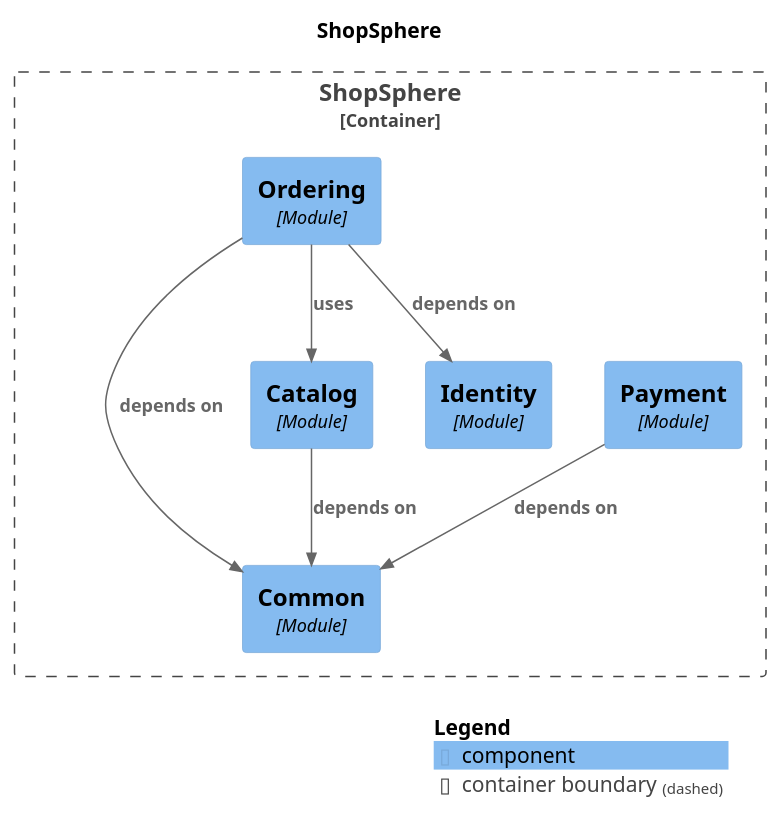
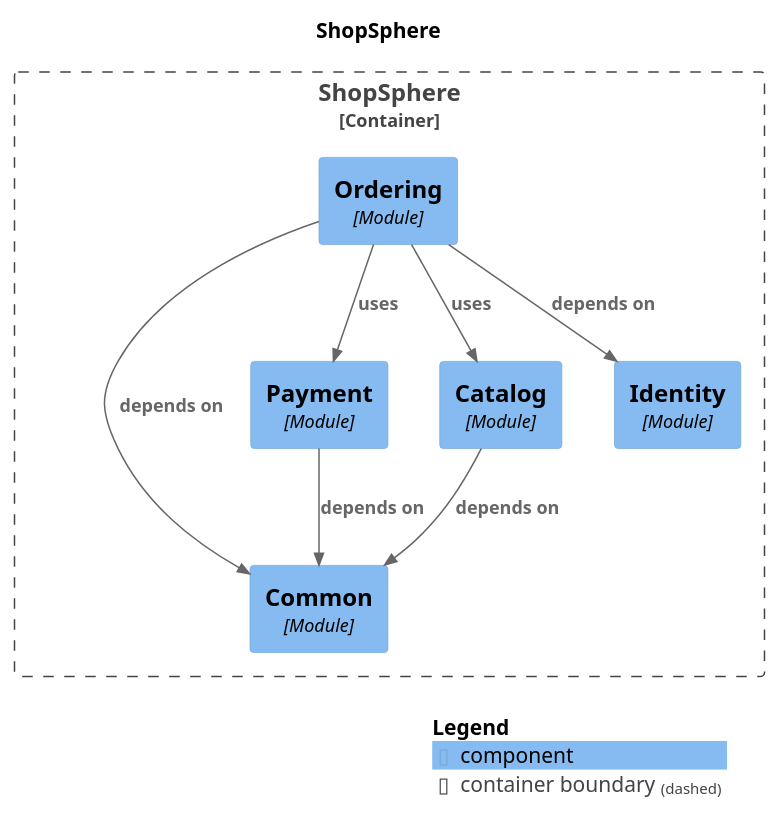
Before and after one commit to Poojithvsc/shopsphere: the diagram in docs/modulith/components.puml, drawn with PlantUML. The commit also changed 10 other files, not shown here.

```diff
--- a/docs/modulith/components.puml
+++ b/docs/modulith/components.puml
@@ -1,26 +1,27 @@
 @startuml
 set separator none
 title ShopSphere
 
 top to bottom direction
 
 !include <C4/C4>
 !include <C4/C4_Context>
 !include <C4/C4_Component>
 
 Container_Boundary("ShopSphere.ShopSphere_boundary", "ShopSphere", $tags="") {
   Component(ShopSphere.ShopSphere.Common, "Common", $techn="Module", $descr="", $tags="", $link="")
+  Component(ShopSphere.ShopSphere.Payment, "Payment", $techn="Module", $descr="", $tags="", $link="")
   Component(ShopSphere.ShopSphere.Catalog, "Catalog", $techn="Module", $descr="", $tags="", $link="")
   Component(ShopSphere.ShopSphere.Identity, "Identity", $techn="Module", $descr="", $tags="", $link="")
-  Component(ShopSphere.ShopSphere.Payment, "Payment", $techn="Module", $descr="", $tags="", $link="")
   Component(ShopSphere.ShopSphere.Ordering, "Ordering", $techn="Module", $descr="", $tags="", $link="")
 }
 
+Rel(ShopSphere.ShopSphere.Ordering, ShopSphere.ShopSphere.Catalog, "uses", $techn="", $tags="", $link="")
+Rel(ShopSphere.ShopSphere.Ordering, ShopSphere.ShopSphere.Payment, "uses", $techn="", $tags="", $link="")
+Rel(ShopSphere.ShopSphere.Catalog, ShopSphere.ShopSphere.Common, "depends on", $techn="", $tags="", $link="")
+Rel(ShopSphere.ShopSphere.Payment, ShopSphere.ShopSphere.Common, "depends on", $techn="", $tags="", $link="")
 Rel(ShopSphere.ShopSphere.Ordering, ShopSphere.ShopSphere.Identity, "depends on", $techn="", $tags="", $link="")
 Rel(ShopSphere.ShopSphere.Ordering, ShopSphere.ShopSphere.Common, "depends on", $techn="", $tags="", $link="")
-Rel(ShopSphere.ShopSphere.Ordering, ShopSphere.ShopSphere.Catalog, "uses", $techn="", $tags="", $link="")
-Rel(ShopSphere.ShopSphere.Payment, ShopSphere.ShopSphere.Common, "depends on", $techn="", $tags="", $link="")
-Rel(ShopSphere.ShopSphere.Catalog, ShopSphere.ShopSphere.Common, "depends on", $techn="", $tags="", $link="")
 
 SHOW_LEGEND(true)
 @enduml
```
